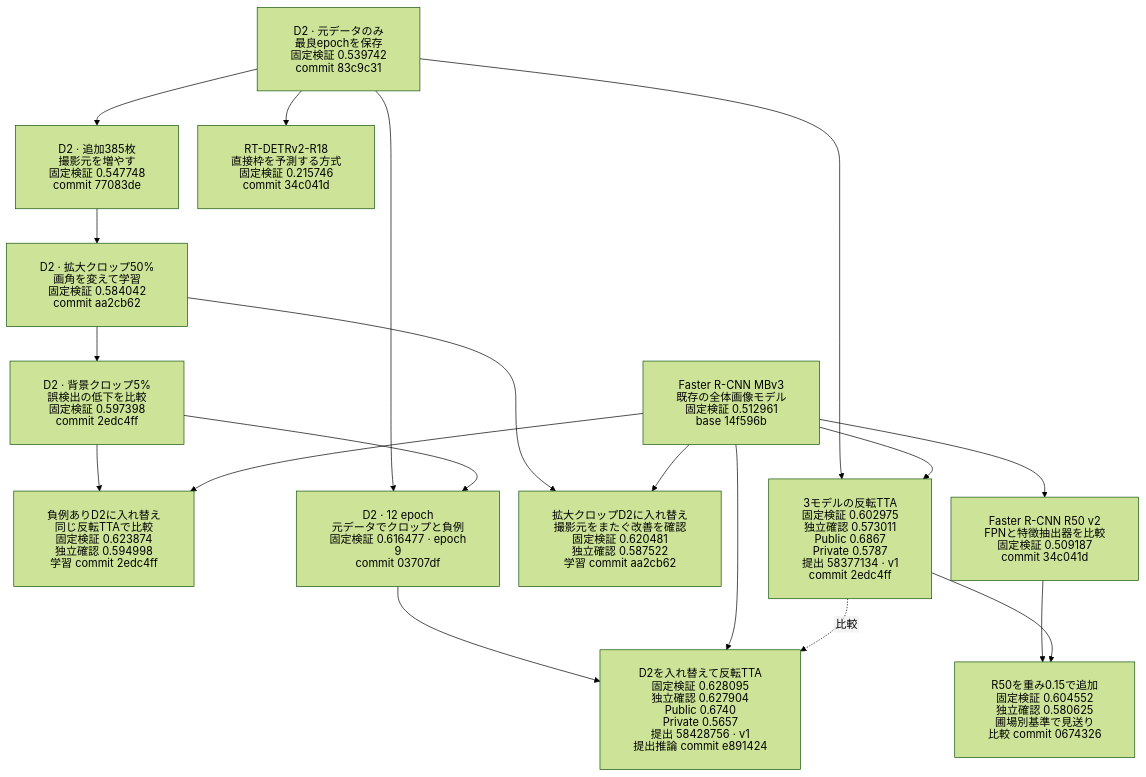
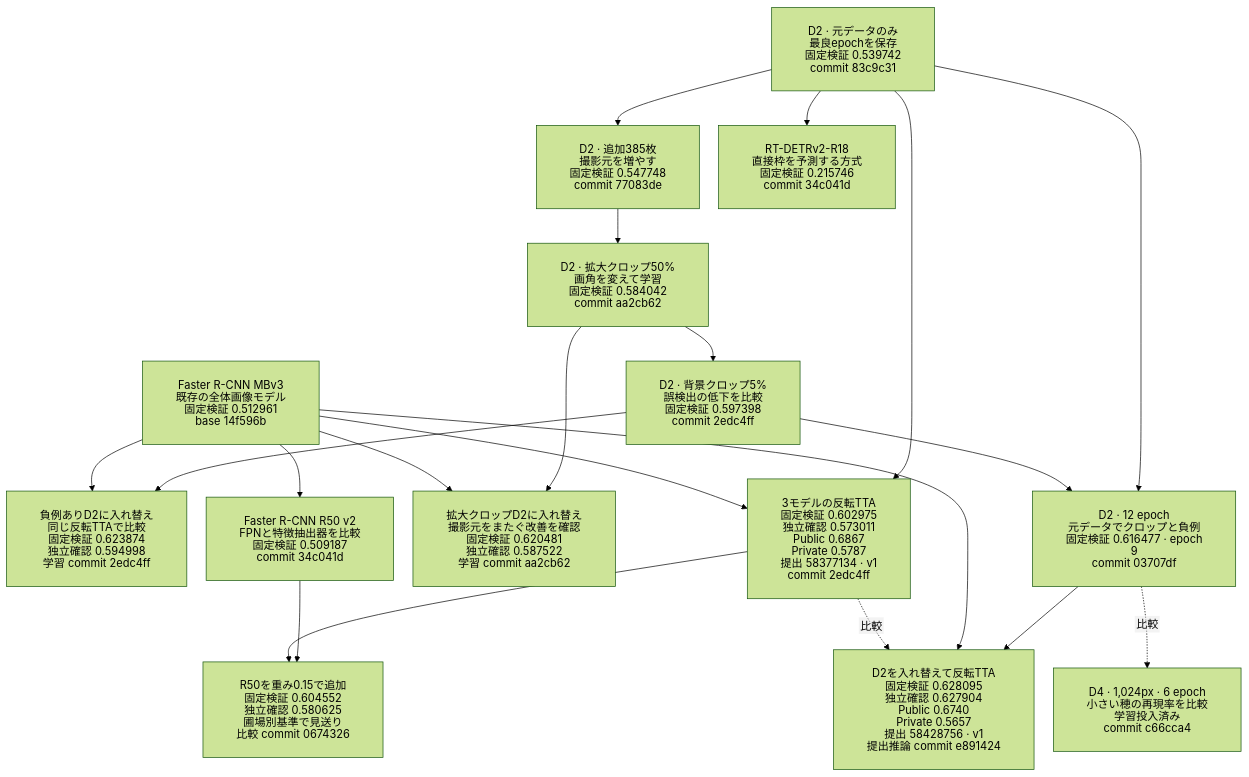
Before and after one commit to Yutarotaro/kaggle-global-wheat-detection: the fifth of 5 diagrams in docs/experiment-lineage.md, drawn with Mermaid (forest theme). The commit also changed 1 other file, not shown here.

Commit message:
docs: D4の学習Runと比較条件を実験系譜へ追加する

````diff
--- a/docs/experiment-lineage.md
+++ b/docs/experiment-lineage.md
@@ -164,34 +164,36 @@
 ```mermaid
 %%{init: {"htmlLabels": false, "flowchart": {"padding": 24, "nodeSpacing": 28}}}%%
 flowchart TB
     M["Faster R-CNN MBv3<br/>既存の全体画像モデル<br/>固定検証 0.512961<br/>base 14f596b"]
     D["D2 · 元データのみ<br/>最良epochを保存<br/>固定検証 0.539742<br/>commit 83c9c31"]
     F["D2 · 追加385枚<br/>撮影元を増やす<br/>固定検証 0.547748<br/>commit 77083de"]
     C["D2 · 拡大クロップ50%<br/>画角を変えて学習<br/>固定検証 0.584042<br/>commit aa2cb62"]
     N["D2 · 背景クロップ5%<br/>誤検出の低下を比較<br/>固定検証 0.597398<br/>commit 2edc4ff"]
     U["負例ありD2に入れ替え<br/>同じ反転TTAで比較<br/>固定検証 0.623874<br/>独立確認 0.594998<br/>学習 commit 2edc4ff"]
     S["3モデルの反転TTA<br/>固定検証 0.602975<br/>独立確認 0.573011<br/>Public 0.6867<br/>Private 0.5787<br/>提出 58377134 · v1<br/>commit 2edc4ff"]
     Z["拡大クロップD2に入れ替え<br/>撮影元をまたぐ改善を確認<br/>固定検証 0.620481<br/>独立確認 0.587522<br/>学習 commit aa2cb62"]
     T["RT-DETRv2-R18<br/>直接枠を予測する方式<br/>固定検証 0.215746<br/>commit 34c041d"]
     R["Faster R-CNN R50 v2<br/>FPNと特徴抽出器を比較<br/>固定検証 0.509187<br/>commit 34c041d"]
     R15["R50を重み0.15で追加<br/>固定検証 0.604552<br/>独立確認 0.580625<br/>圃場別基準で見送り<br/>比較 commit 0674326"]
     L["D2 · 12 epoch<br/>元データでクロップと負例<br/>固定検証 0.616477 · epoch 9<br/>commit 03707df"]
     P["D2を入れ替えて反転TTA<br/>固定検証 0.628095<br/>独立確認 0.627904<br/>Public 0.6740<br/>Private 0.5657<br/>提出 58428756 · v1<br/>提出推論 commit e891424"]
+    D4["D4 · 1,024px · 6 epoch<br/>小さい穂の再現率を比較<br/>学習投入済み<br/>commit c66cca4"]
 
     D --> F --> C --> N
     C --> Z
     M --> Z
     D --> S
     M --> S
     D --> T
     D --> L
     N --> L
     N --> U
     M --> U
     M --> R
     R --> R15
     S --> R15
     L --> P
     M --> P
     S -. 比較 .-> P
+    L -. 比較 .-> D4
 ```
````
